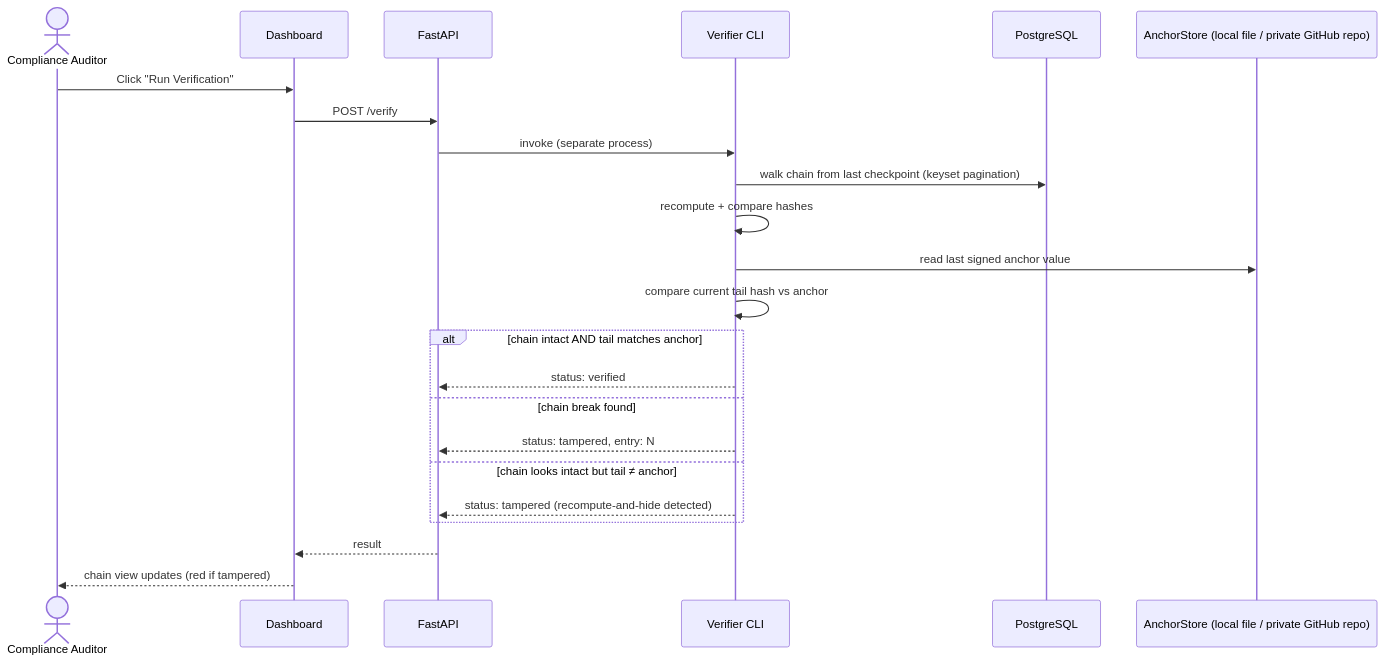
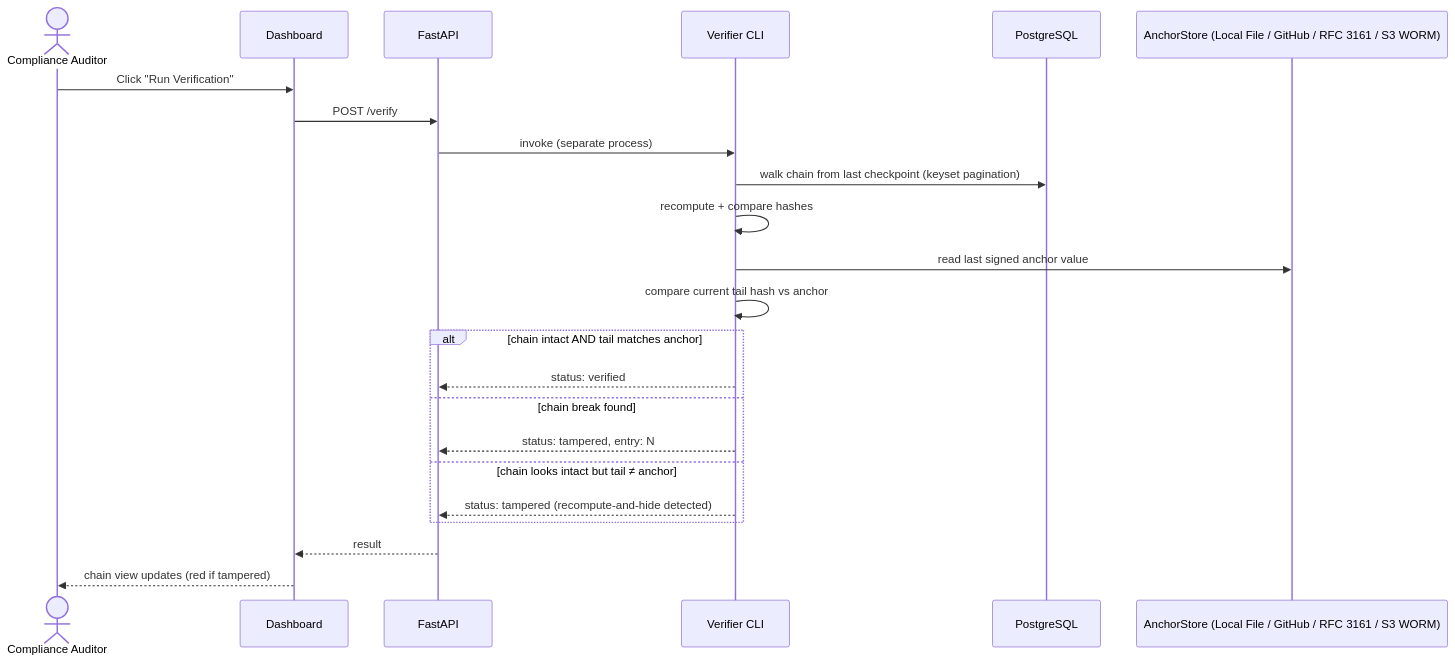
The fifth of 5 diagrams in Argus_docs/Architecture.md (Abhi-R459/Argus), drawn with Mermaid before and after one commit. The commit also changed other lines of this file and 6 other files, not shown here.

````diff
--- a/Argus_docs/Architecture.md
+++ b/Argus_docs/Architecture.md
@@ -257,26 +257,26 @@
 ```mermaid
 sequenceDiagram
     actor Aud as Compliance Auditor
     participant Dash as Dashboard
     participant API as FastAPI
     participant Ver as Verifier CLI
     participant DB as PostgreSQL
-    participant Anc as AnchorStore (local file / private GitHub repo)
+    participant Anc as AnchorStore (Local File / GitHub / RFC 3161 / S3 WORM)
 
     Aud->>Dash: Click "Run Verification"
     Dash->>API: POST /verify
     API->>Ver: invoke (separate process)
     Ver->>DB: walk chain from last checkpoint (keyset pagination)
     Ver->>Ver: recompute + compare hashes
     Ver->>Anc: read last signed anchor value
     Ver->>Ver: compare current tail hash vs anchor
     alt chain intact AND tail matches anchor
         Ver-->>API: status: verified
     else chain break found
         Ver-->>API: status: tampered, entry: N
     else chain looks intact but tail ≠ anchor
         Ver-->>API: status: tampered (recompute-and-hide detected)
     end
     API-->>Dash: result
     Dash-->>Aud: chain view updates (red if tampered)
 ```
````
